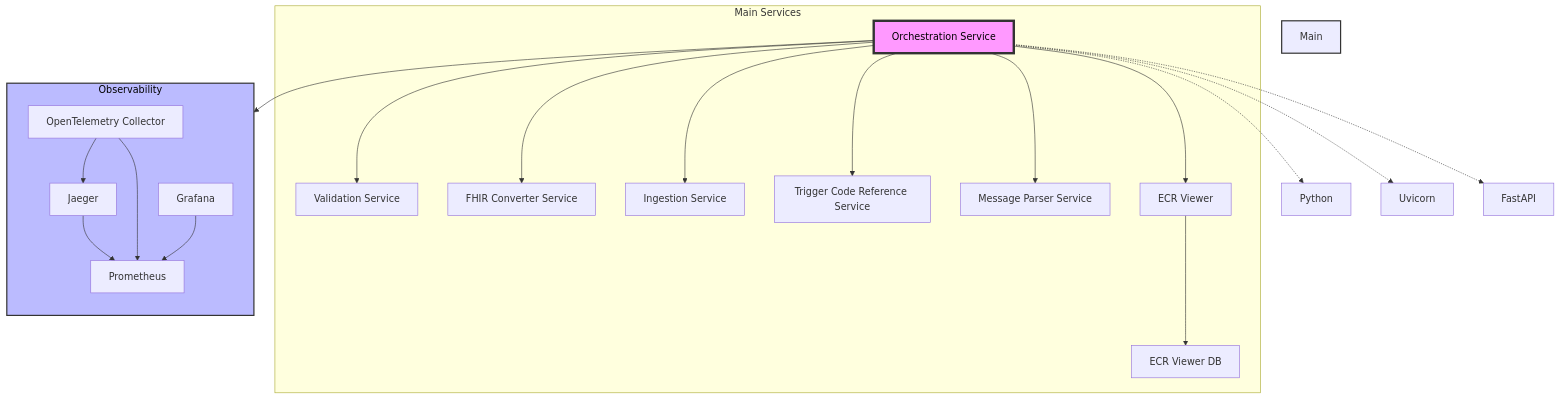
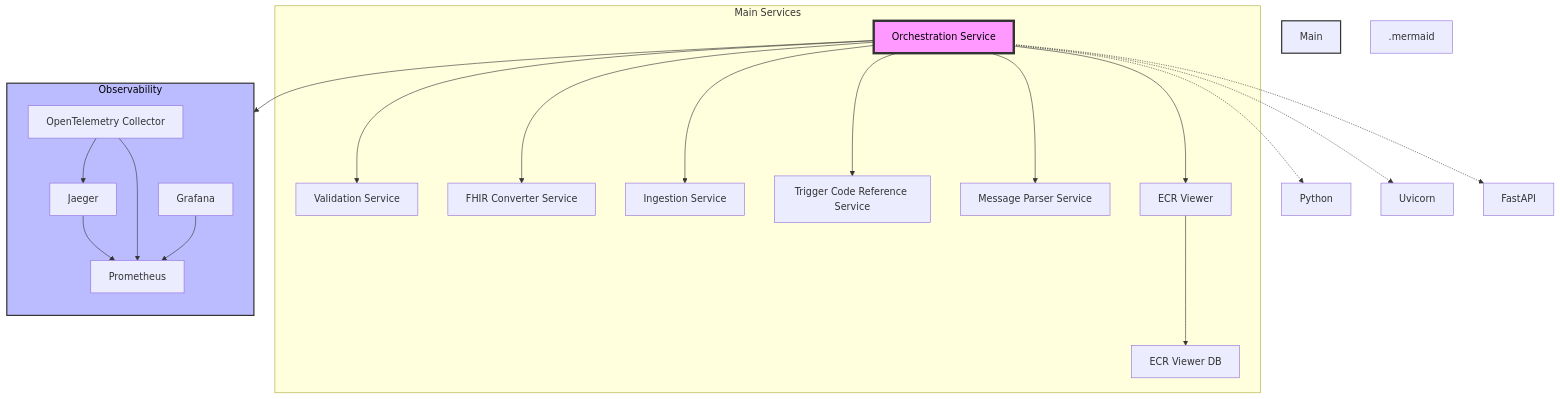
Before and after one commit to CDCgov/phdi: the first of 2 diagrams in containers/orchestration/description.md, drawn with Mermaid.

````diff
--- a/containers/orchestration/description.md
+++ b/containers/orchestration/description.md
@@ -92,35 +92,36 @@
 ```mermaid
 graph TD
     subgraph Main Services
         A[Orchestration Service]
         A --> B[Validation Service]
         A --> C[FHIR Converter Service]
         A --> D[Ingestion Service]
         A --> E[Trigger Code Reference Service]
         A --> F[Message Parser Service]
         A --> G[ECR Viewer]
         G --> H[ECR Viewer DB]
     end
 
     subgraph Observability
         direction TB
         I[Jaeger] --> J[Prometheus]
         K[OpenTelemetry Collector] --> J
         K --> I
         L[Grafana] --> J
     end
 
     A --> I
 
     M[Python]
     N[Uvicorn]
     O[FastAPI]
 
     A -.-> M
     A -.-> N
     A -.-> O
 
     style A fill:#f9f,stroke:#333,stroke-width:4px,color:#000
     style Main Services fill:#bbf,stroke:#333,stroke-width:2px
     style Observability fill:#bbf,stroke:#333,stroke-width:2px,color:#000
+    style .mermaid min-height:1500px
 ```
````
